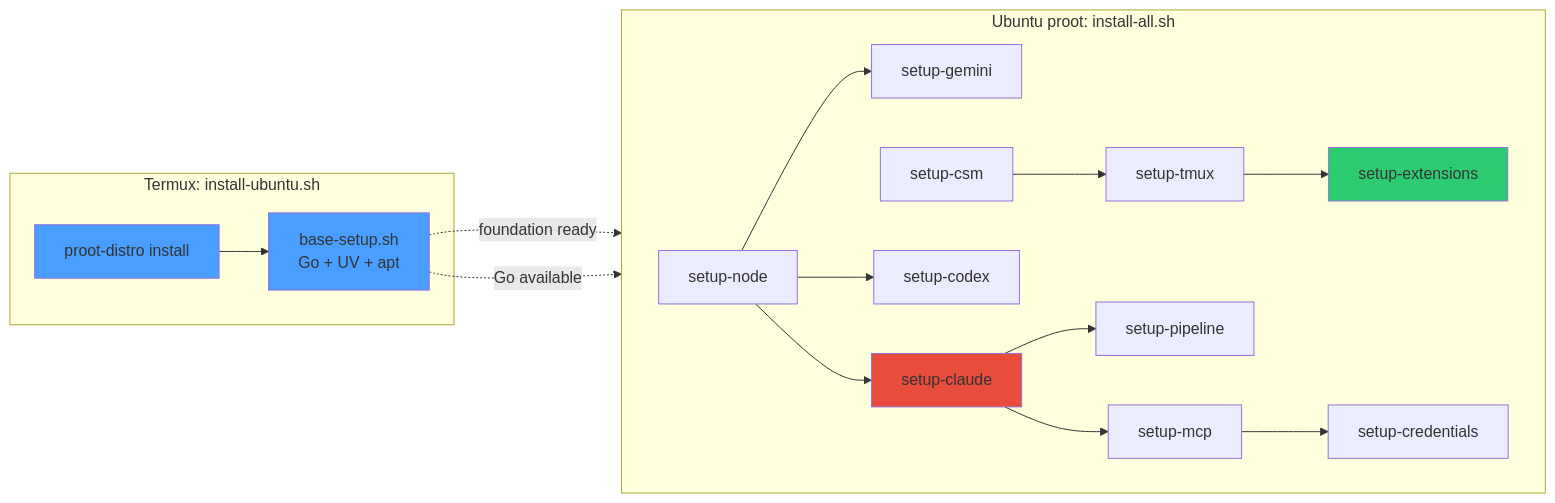
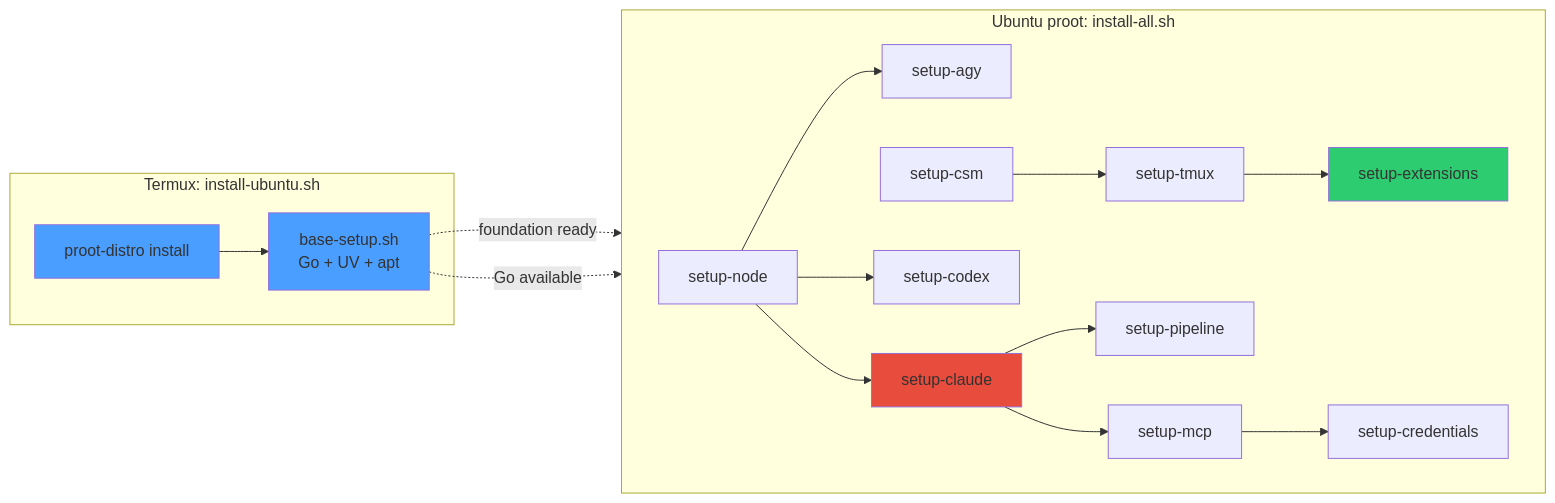
The second of 7 diagrams in README.md (ancrz/termux-linux-deployer), drawn with Mermaid before and after one commit. The commit also changed other lines of this file and 22 other files, not shown here.

First line of the commit message:
refactor(pipeline): replace Gemini CLI with Antigravity CLI (agy)

````diff
--- a/README.md
+++ b/README.md
@@ -66,26 +66,26 @@
 ```mermaid
 flowchart LR
     subgraph "Termux: install-ubuntu.sh"
         UB["proot-distro install"] --> BS["base-setup.sh<br/>Go + UV + apt"]
     end
 
     subgraph "Ubuntu proot: install-all.sh"
         direction LR
-        ND["setup-node"] --> GM["setup-gemini"]
+        ND["setup-node"] --> GM["setup-agy"]
         ND --> CL["setup-claude"]
         ND --> CX["setup-codex"]
         CSM["setup-csm"] --> TM["setup-tmux"]
         TM --> EX["setup-extensions"]
         CL --> PL["setup-pipeline"]
         CL --> MCP["setup-mcp"]
         MCP --> CR["setup-credentials"]
     end
 
     BS -.->|"foundation ready"| ND
     BS -.->|"Go available"| CSM
 
     style BS fill:#4a9eff
     style UB fill:#4a9eff
     style EX fill:#2ecc71
     style CL fill:#e74c3c
 ```
````
